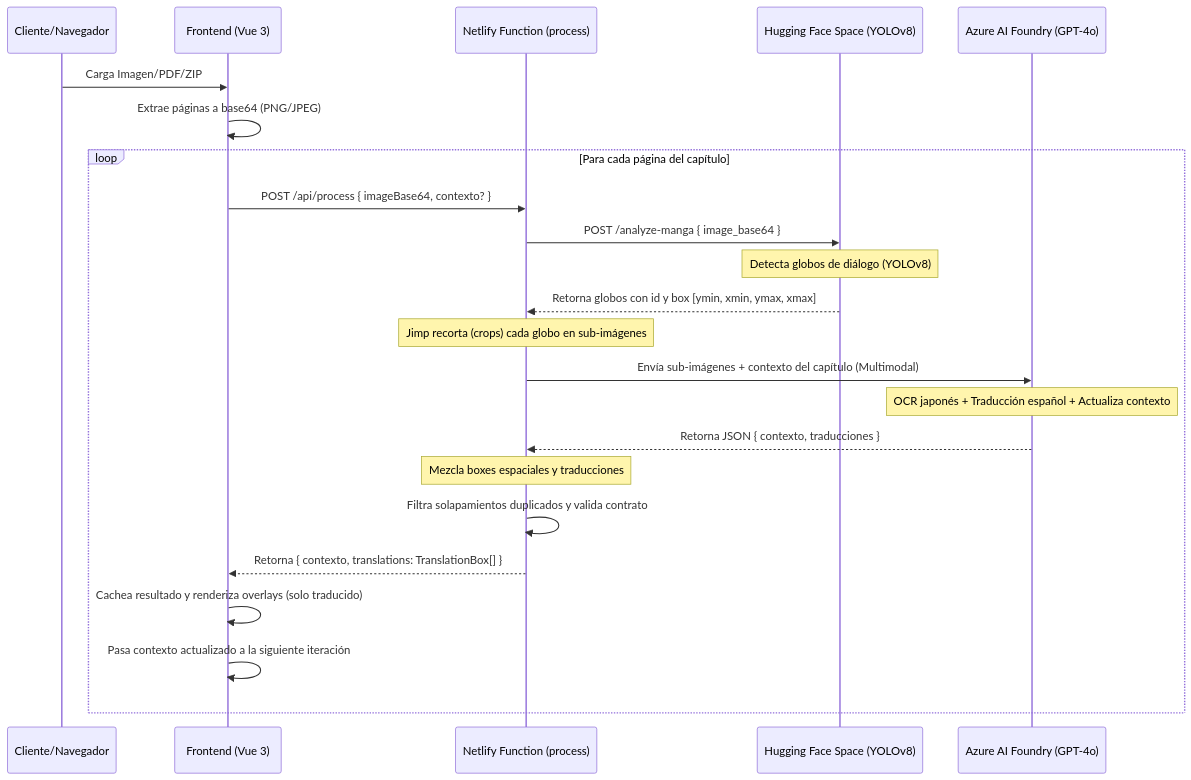
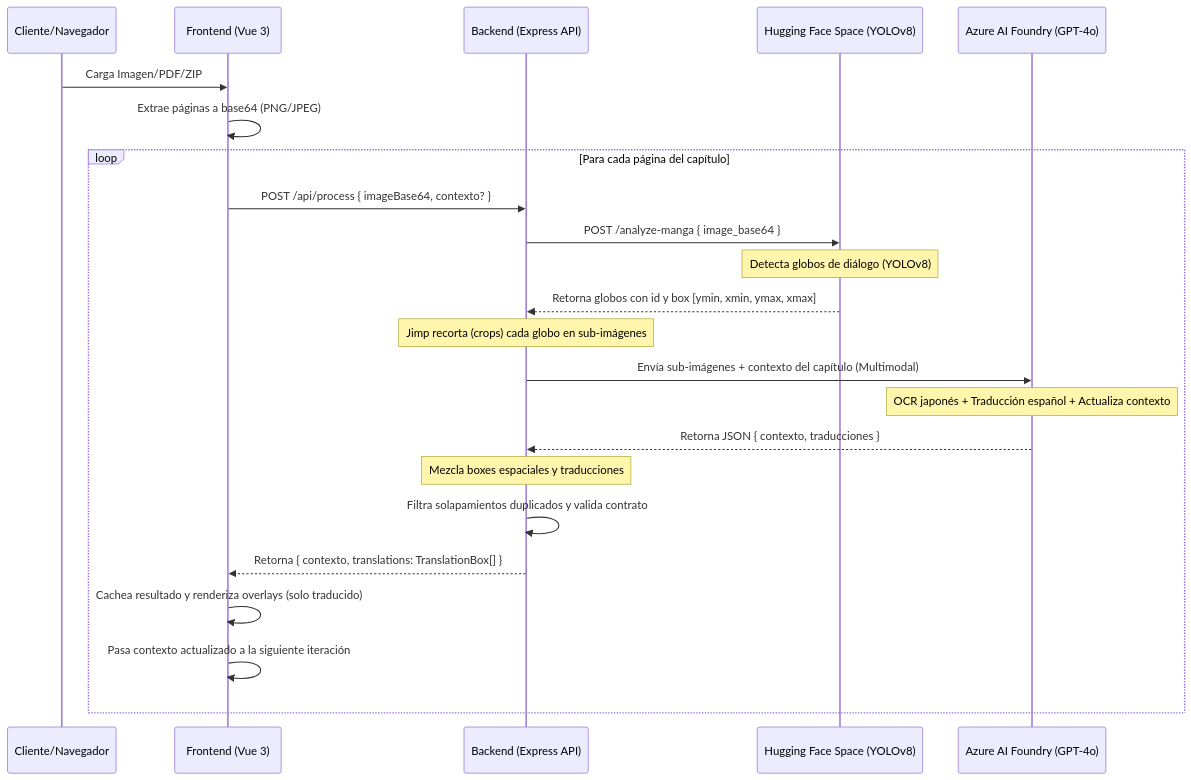
The first of 2 diagrams in agents/AGENTS.md (CoffeeBreak03/tp-integrador-ia), drawn with Mermaid before and after one commit. The commit also changed other lines of this file and 41 other files, not shown here.

Commit message:
se migra backend a Express.js y se adapta frontend

````diff
--- a/agents/AGENTS.md
+++ b/agents/AGENTS.md
@@ -22,26 +22,26 @@
 ```mermaid
 sequenceDiagram
     participant Usuario as Cliente/Navegador
     participant Front as Frontend (Vue 3)
-    participant Back as Netlify Function (process)
+    participant Back as Backend (Express API)
     participant HF as Hugging Face Space (YOLOv8)
     participant GPT as Azure AI Foundry (GPT-4o)
 
     Usuario->>Front: Carga Imagen/PDF/ZIP
     Front->>Front: Extrae páginas a base64 (PNG/JPEG)
     loop Para cada página del capítulo
         Front->>Back: POST /api/process { imageBase64, contexto? }
         Back->>HF: POST /analyze-manga { image_base64 }
         Note over HF: Detecta globos de diálogo (YOLOv8)
         HF-->>Back: Retorna globos con id y box [ymin, xmin, ymax, xmax]
         Note over Back: Jimp recorta (crops) cada globo en sub-imágenes
         Back->>GPT: Envía sub-imágenes + contexto del capítulo (Multimodal)
         Note over GPT: OCR japonés + Traducción español + Actualiza contexto
         GPT-->>Back: Retorna JSON { contexto, traducciones }
         Note over Back: Mezcla boxes espaciales y traducciones
         Back->>Back: Filtra solapamientos duplicados y valida contrato
         Back-->>Front: Retorna { contexto, translations: TranslationBox[] }
         Front->>Front: Cachea resultado y renderiza overlays (solo traducido)
         Front->>Front: Pasa contexto actualizado a la siguiente iteración
     end
 ```
````
